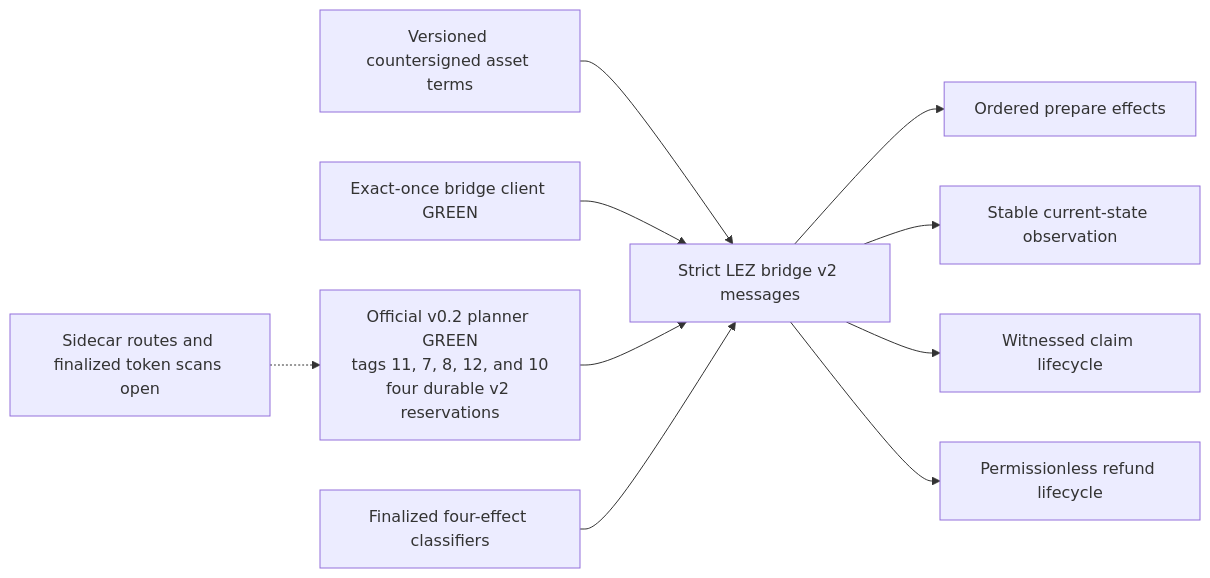
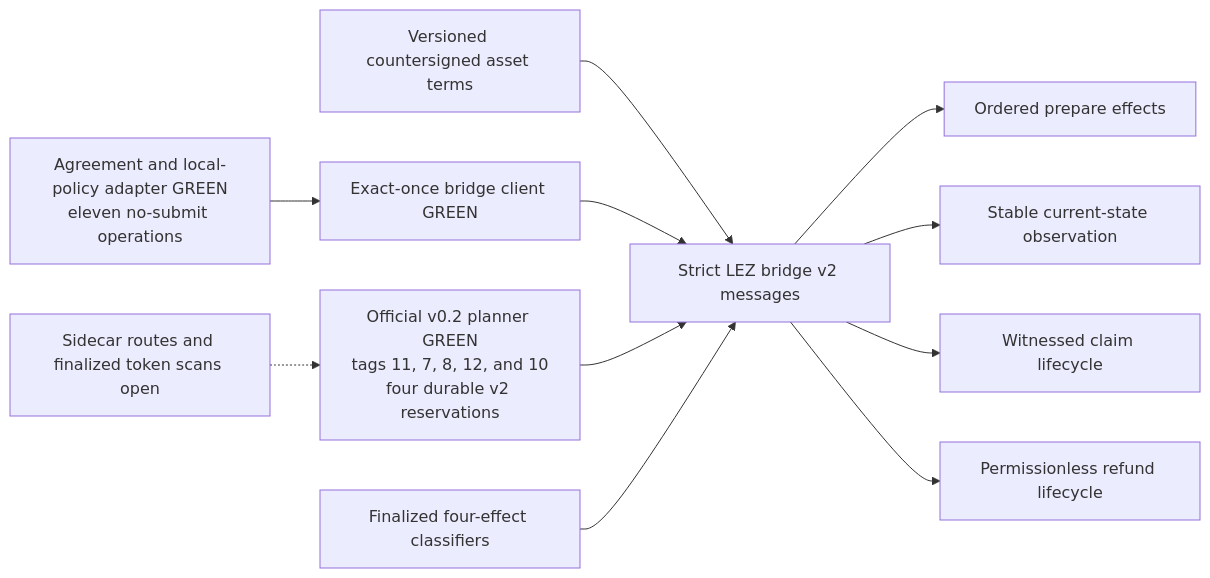
One commit to gateway-fm/lez-atomic-swaps changed the third of 3 diagrams in docs/architecture/0042-bind-witnessed-token-claims-to-exact-atas.md. Above: the diagram before and after it, drawn with Mermaid. The commit also changed other lines of this file and 9 other files, not shown here.

Commit message:
feat: bind F7 asset adapter operations

````diff
--- a/docs/architecture/0042-bind-witnessed-token-claims-to-exact-atas.md
+++ b/docs/architecture/0042-bind-witnessed-token-claims-to-exact-atas.md
@@ -197,12 +198,13 @@
 ```mermaid
 flowchart LR
     Terms["Versioned countersigned asset terms"] --> Wire["Strict LEZ bridge v2 messages"]
     Wire --> Prepare["Ordered prepare effects"]
     Wire --> Current["Stable current-state observation"]
     Wire --> Claim["Witnessed claim lifecycle"]
     Wire --> Refund["Permissionless refund lifecycle"]
     Client["Exact-once bridge client GREEN"] --> Wire
+    Adapter["Agreement and local-policy adapter GREEN<br/>eleven no-submit operations"] --> Client
     Sidecar["Official v0.2 planner GREEN<br/>tags 11, 7, 8, 12, and 10<br/>four durable v2 reservations"] --> Wire
     Routes["Sidecar routes and finalized token scans open"] -.-> Sidecar
     Finality["Finalized four-effect classifiers"] --> Wire
 ```
````
